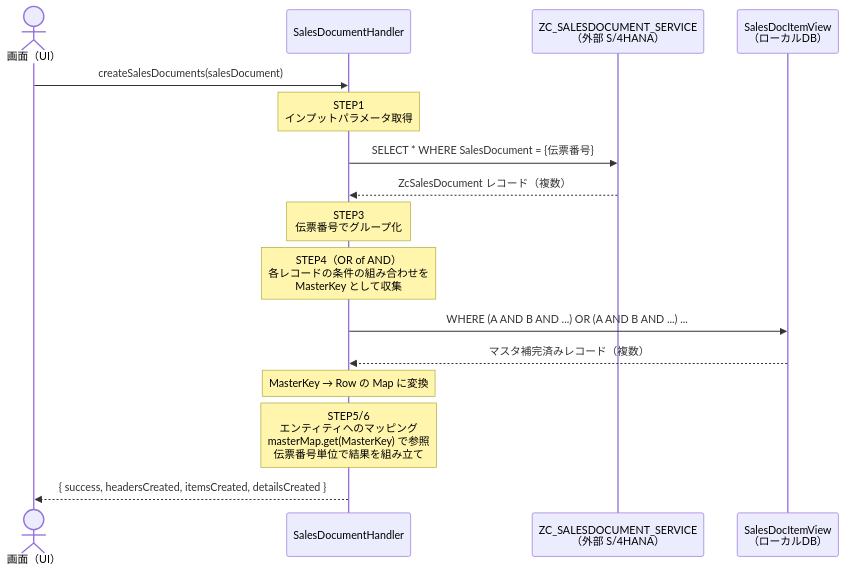
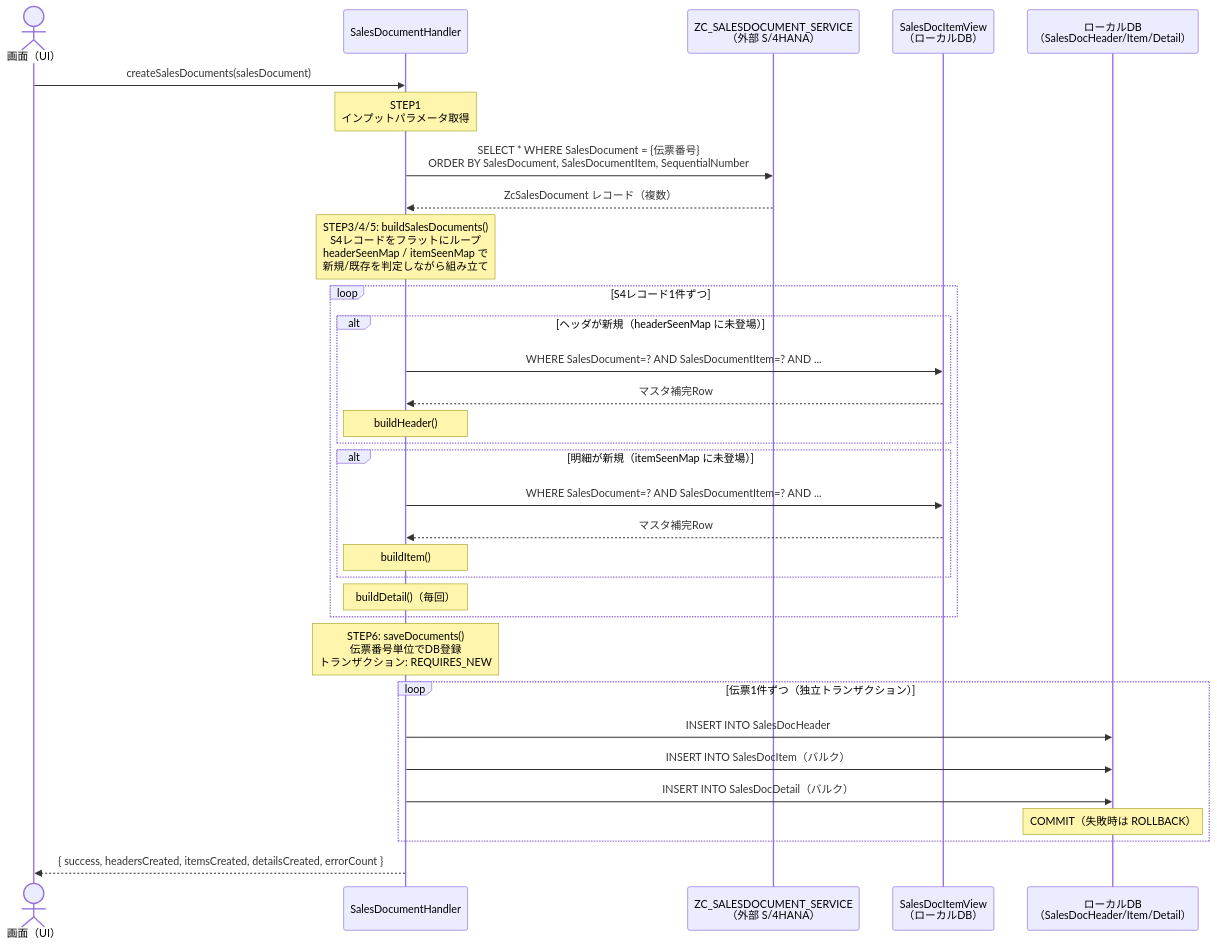
The diagram in docs/SalesDocumentHandler.md (smarftech18/verification_createShipData), drawn with Mermaid before and after one commit. The commit also changed other lines of this file and 2 other files, not shown here.

````diff
--- a/docs/SalesDocumentHandler.md
+++ b/docs/SalesDocumentHandler.md
@@ -15,27 +15,42 @@
 ```mermaid
 sequenceDiagram
     actor UI as 画面（UI）
     participant Handler as SalesDocumentHandler
     participant S4 as ZC_SALESDOCUMENT_SERVICE<br/>（外部 S/4HANA）
     participant View as SalesDocItemView<br/>（ローカルDB）
+    participant DB as ローカルDB<br/>（SalesDocHeader/Item/Detail）
 
     UI->>Handler: createSalesDocuments(salesDocument)
 
     Note over Handler: STEP1<br/>インプットパラメータ取得
 
-    Handler->>S4: SELECT * WHERE SalesDocument = {伝票番号}
+    Handler->>S4: SELECT * WHERE SalesDocument = {伝票番号}<br/>ORDER BY SalesDocument, SalesDocumentItem, SequentialNumber
     S4-->>Handler: ZcSalesDocument レコード（複数）
 
-    Note over Handler: STEP3<br/>伝票番号でグループ化
+    Note over Handler: STEP3/4/5: buildSalesDocuments()<br/>S4レコードをフラットにループ<br/>headerSeenMap / itemSeenMap で<br/>新規/既存を判定しながら組み立て
 
-    Note over Handler: STEP4（OR of AND）<br/>各レコードの条件の組み合わせを<br/>MasterKey として収集
+    loop S4レコード1件ずつ
+        alt ヘッダが新規（headerSeenMap に未登場）
+            Handler->>View: WHERE SalesDocument=? AND SalesDocumentItem=? AND ...
+            View-->>Handler: マスタ補完Row
+            Note over Handler: buildHeader()
+        end
+        alt 明細が新規（itemSeenMap に未登場）
+            Handler->>View: WHERE SalesDocument=? AND SalesDocumentItem=? AND ...
+            View-->>Handler: マスタ補完Row
+            Note over Handler: buildItem()
+        end
+        Note over Handler: buildDetail()（毎回）
+    end
 
-    Handler->>View: WHERE (A AND B AND ...) OR (A AND B AND ...) ...
-    View-->>Handler: マスタ補完済みレコード（複数）
+    Note over Handler: STEP6: saveDocuments()<br/>伝票番号単位でDB登録<br/>トランザクション: REQUIRES_NEW
 
-    Note over Handler: MasterKey → Row の Map に変換
+    loop 伝票1件ずつ（独立トランザクション）
+        Handler->>DB: INSERT INTO SalesDocHeader
+        Handler->>DB: INSERT INTO SalesDocItem（バルク）
+        Handler->>DB: INSERT INTO SalesDocDetail（バルク）
+        Note over DB: COMMIT（失敗時は ROLLBACK）
+    end
 
-    Note over Handler: STEP5/6<br/>エンティティへのマッピング<br/>masterMap.get(MasterKey) で参照<br/>伝票番号単位で結果を組み立て
-
-    Handler-->>UI: { success, headersCreated, itemsCreated, detailsCreated }
+    Handler-->>UI: { success, headersCreated, itemsCreated, detailsCreated, errorCount }
 ```
````
